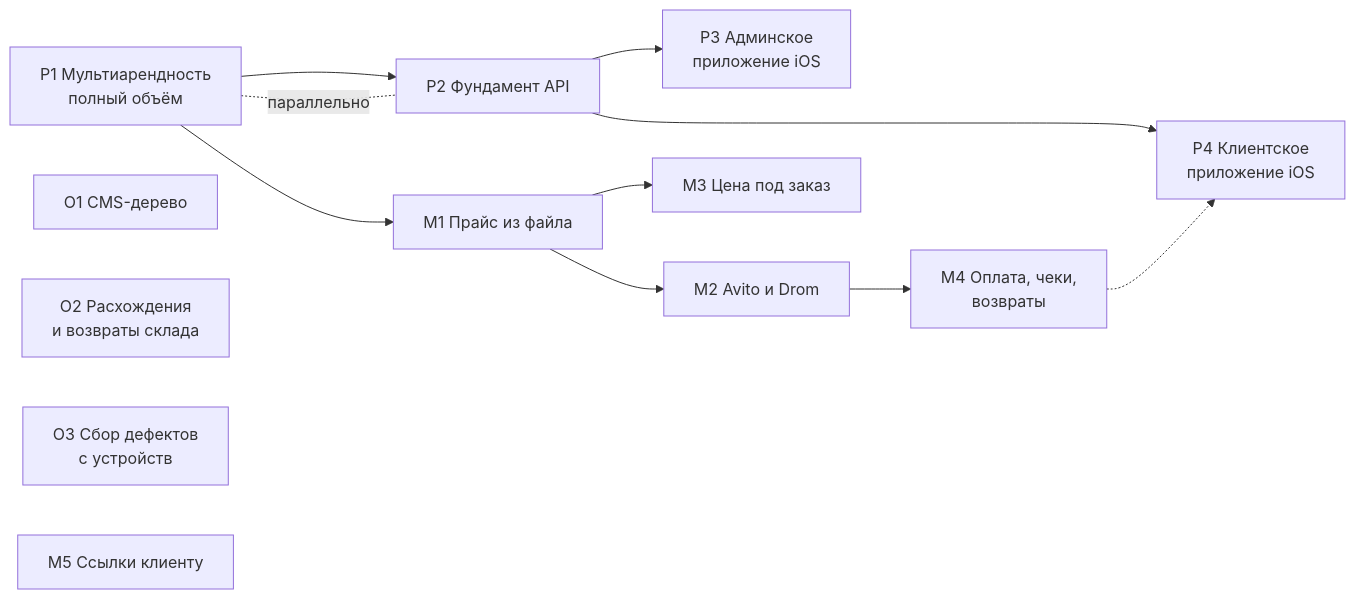
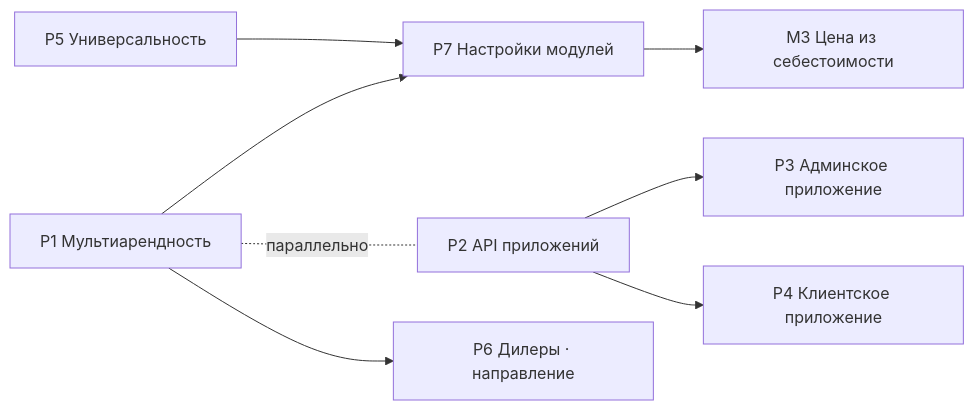
Before and after one commit to 0pt1m1sm/geleoteka: the diagram in docs/ROADMAP.md, drawn with Mermaid. The commit also changed other lines of this file and 1 other file, not shown here.

````diff
--- a/docs/ROADMAP.md
+++ b/docs/ROADMAP.md
@@ -48,16 +31,10 @@
 ```mermaid
 graph LR
-  P1[P1 Мультиарендность<br/>полный объём] --> P2[P2 Фундамент API]
-  P2 --> P3[P3 Админское<br/>приложение iOS]
-  P2 --> P4[P4 Клиентское<br/>приложение iOS]
-  P1 -. параллельно .- P2
-  M1[M1 Прайс из файла] --> M2[M2 Avito и Drom]
-  M1 --> M3[M3 Цена под заказ]
-  M2 --> M4[M4 Оплата, чеки,<br/>возвраты]
-  M4 -.-> P4
-  P1 --> M1
-  O1[O1 CMS-дерево]
-  O2[O2 Расхождения<br/>и возвраты склада]
-  O3[O3 Сбор дефектов<br/>с устройств]
-  M5[M5 Ссылки клиенту]
+  P1[P1 Мультиарендность] --> P7[P7 Настройки модулей]
+  P5[P5 Универсальность] --> P7
+  P7 --> M3[M3 Цена из себестоимости]
+  P1 -. параллельно .- P2[P2 API приложений]
+  P2 --> P3[P3 Админское приложение]
+  P2 --> P4[P4 Клиентское приложение]
+  P1 --> P6[P6 Дилеры · направление]
 ```
````
